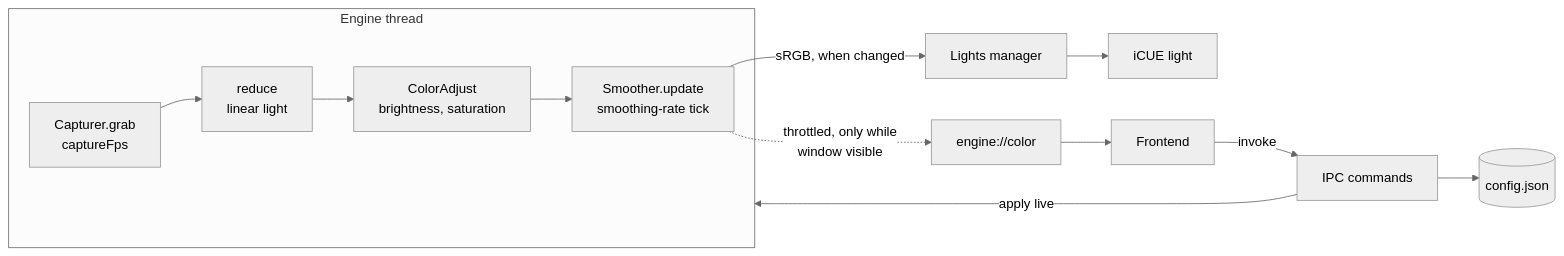
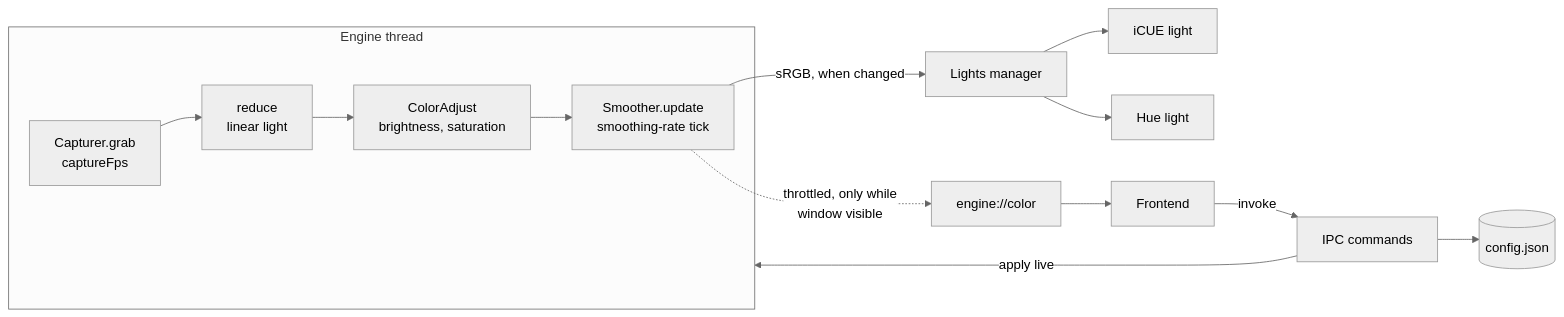
The diagram in docs/architecture.md (smolnetim/glowdrift), drawn with Mermaid (neutral theme) before and after one commit. The commit also changed other lines of this file and 6 other files, not shown here.

First line of the commit message:
feat(desktop): wire the Hue light and its IPC commands

````diff
--- a/docs/architecture.md
+++ b/docs/architecture.md
@@ -23,15 +23,16 @@
 ```mermaid
 flowchart LR
     subgraph engine [Engine thread]
         CAP[Capturer.grab<br/>captureFps] --> RED[reduce<br/>linear light]
         RED --> ADJ[ColorAdjust<br/>brightness, saturation]
         ADJ --> SM[Smoother.update<br/>smoothing-rate tick]
     end
     SM -->|sRGB, when changed| OUT[Lights manager]
     OUT --> ICUE[iCUE light]
+    OUT --> HUE[Hue light]
     SM -.->|throttled, only while<br/>window visible| EVT[engine://color]
     EVT --> UI[Frontend]
     UI -->|invoke| CMD[IPC commands]
     CMD --> CFG[(config.json)]
     CMD -->|apply live| engine
 ```
````
